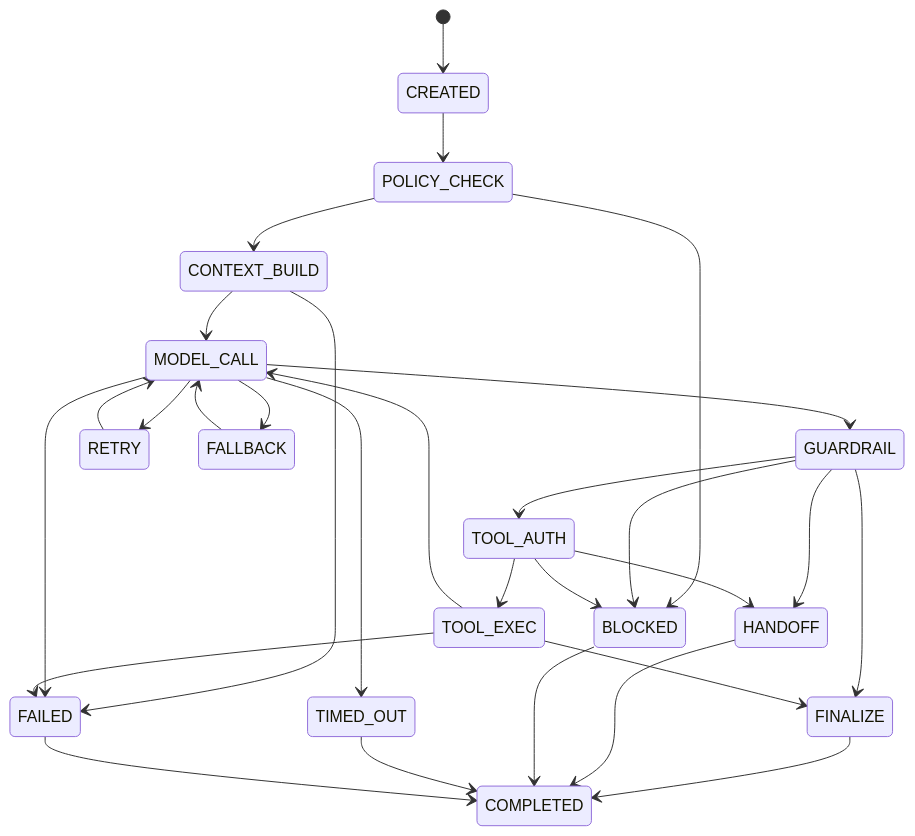
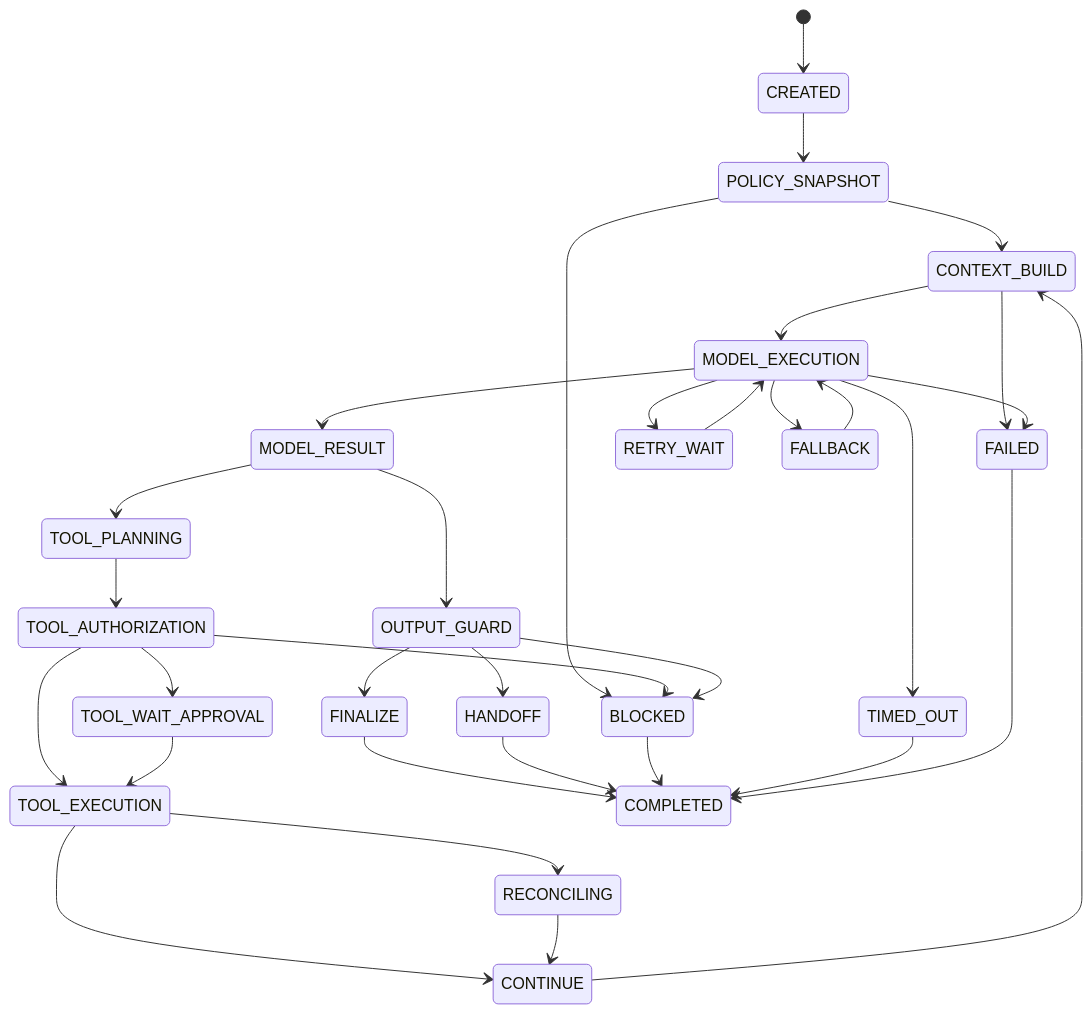
Before and after one commit to D-engahmed/OMILINKS: the first of 2 diagrams in docs/ai/agent-runtime.md, drawn with Mermaid. The commit also changed other lines of this file, not shown here.

````diff
--- a/docs/ai/agent-runtime.md
+++ b/docs/ai/agent-runtime.md
@@ -58,38 +44,35 @@
-```mermaid
+~~~mermaid
 stateDiagram-v2
     [*] --> CREATED
-    CREATED --> POLICY_CHECK
-    POLICY_CHECK --> CONTEXT_BUILD
-    POLICY_CHECK --> BLOCKED
-
-    CONTEXT_BUILD --> MODEL_CALL
+    CREATED --> POLICY_SNAPSHOT
+    POLICY_SNAPSHOT --> CONTEXT_BUILD
+    POLICY_SNAPSHOT --> BLOCKED
+    CONTEXT_BUILD --> MODEL_EXECUTION
     CONTEXT_BUILD --> FAILED
-
-    MODEL_CALL --> GUARDRAIL
-    MODEL_CALL --> RETRY
-    MODEL_CALL --> FALLBACK
-    MODEL_CALL --> FAILED
-    MODEL_CALL --> TIMED_OUT
-
-    RETRY --> MODEL_CALL
-    FALLBACK --> MODEL_CALL
-
-    GUARDRAIL --> TOOL_AUTH
-    GUARDRAIL --> FINALIZE
-    GUARDRAIL --> HANDOFF
-    GUARDRAIL --> BLOCKED
-
-    TOOL_AUTH --> TOOL_EXEC
-    TOOL_AUTH --> HANDOFF
-    TOOL_AUTH --> BLOCKED
-
-    TOOL_EXEC --> MODEL_CALL
-    TOOL_EXEC --> FINALIZE
-    TOOL_EXEC --> FAILED
-
+    MODEL_EXECUTION --> MODEL_RESULT
+    MODEL_EXECUTION --> RETRY_WAIT
+    MODEL_EXECUTION --> FALLBACK
+    MODEL_EXECUTION --> TIMED_OUT
+    MODEL_EXECUTION --> FAILED
+    RETRY_WAIT --> MODEL_EXECUTION
+    FALLBACK --> MODEL_EXECUTION
+    MODEL_RESULT --> OUTPUT_GUARD
+    MODEL_RESULT --> TOOL_PLANNING
+    TOOL_PLANNING --> TOOL_AUTHORIZATION
+    TOOL_AUTHORIZATION --> TOOL_WAIT_APPROVAL
+    TOOL_AUTHORIZATION --> TOOL_EXECUTION
+    TOOL_AUTHORIZATION --> BLOCKED
+    TOOL_WAIT_APPROVAL --> TOOL_EXECUTION
+    TOOL_EXECUTION --> CONTINUE
+    TOOL_EXECUTION --> RECONCILING
+    RECONCILING --> CONTINUE
+    CONTINUE --> CONTEXT_BUILD
+    OUTPUT_GUARD --> FINALIZE
+    OUTPUT_GUARD --> HANDOFF
+    OUTPUT_GUARD --> BLOCKED
     FINALIZE --> COMPLETED
     HANDOFF --> COMPLETED
     BLOCKED --> COMPLETED
     TIMED_OUT --> COMPLETED
     FAILED --> COMPLETED
-```
+~~~
````
